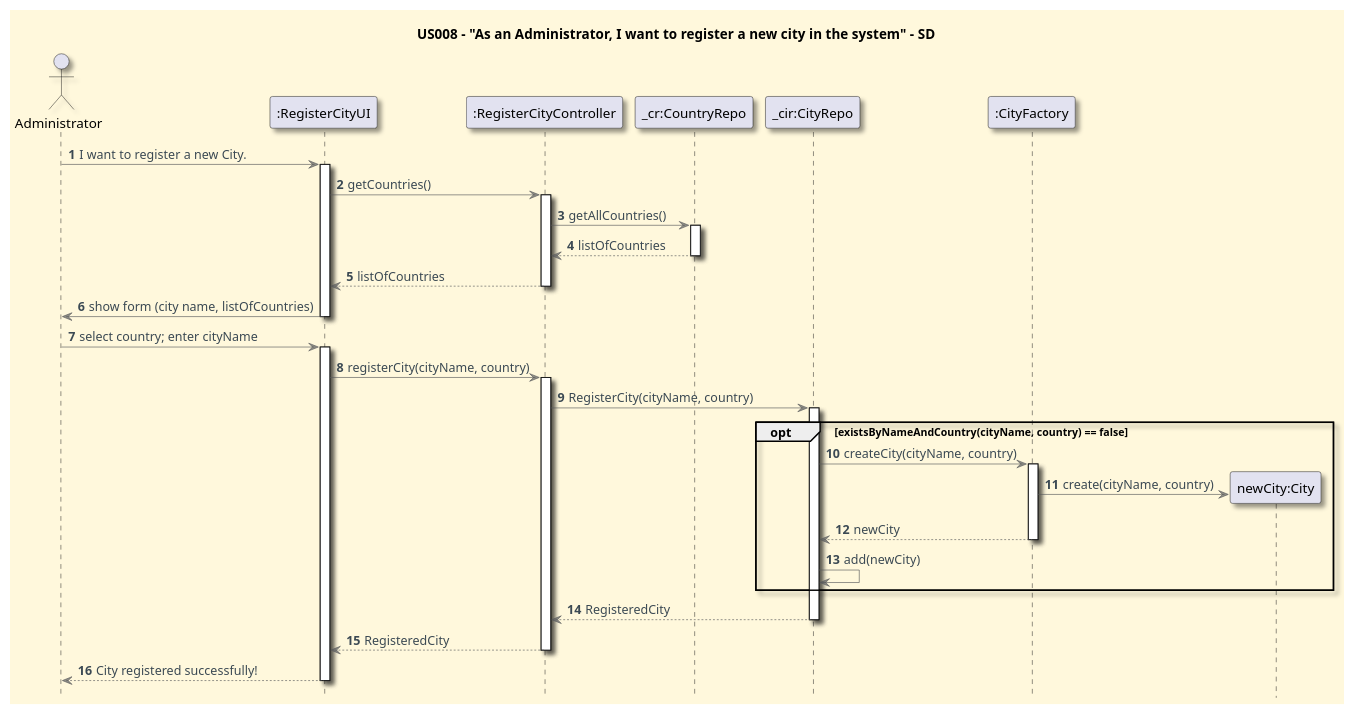
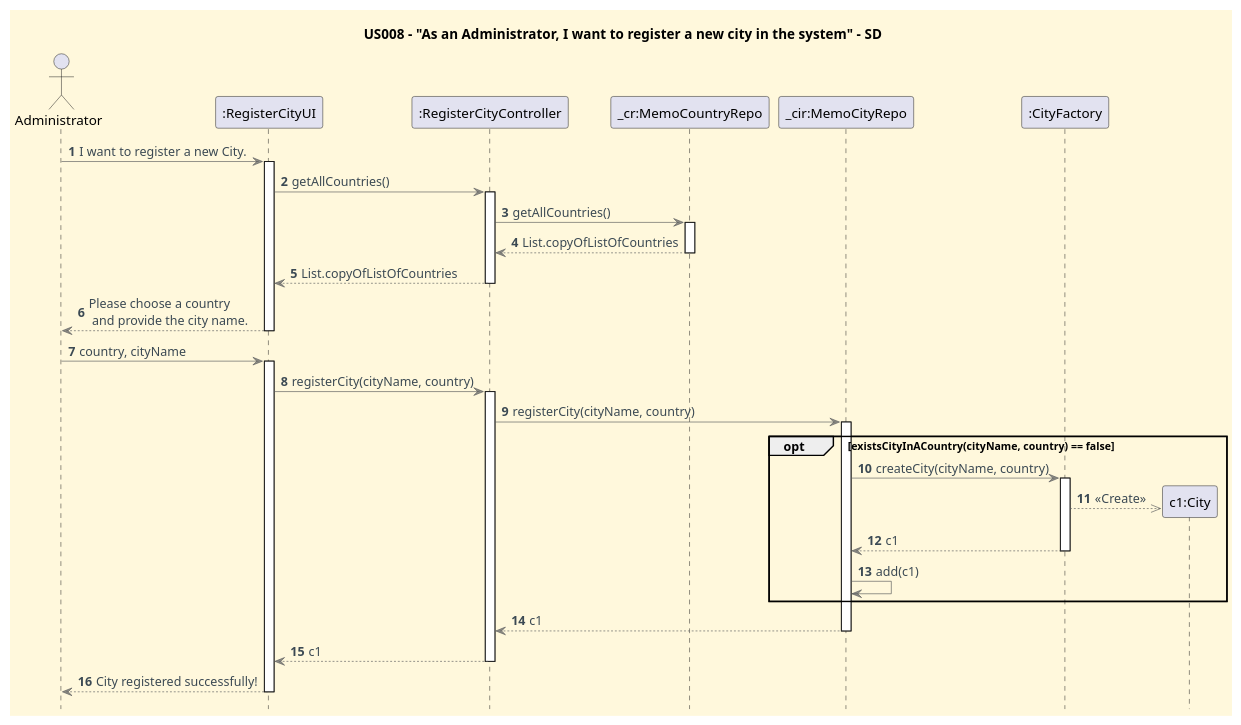
The diagram in docs/userStories/US008/US008_register_a_city_SD.puml (CarolinaLeite-collab/JavaMarketplacePlatform), drawn with PlantUML before and after one commit. The commit also changed 1 other file, not shown here.

```diff
--- a/docs/userStories/US008/US008_register_a_city_SD.puml
+++ b/docs/userStories/US008/US008_register_a_city_SD.puml
@@ -1,67 +1,69 @@
 @startuml
 title US008 - "As an Administrator, I want to register a new city in the system" - SD
-hidefootbox
 
 '==== basic style ====
 skinparam monochrome false
-skinparam shadowing true
 skinparam defaultFontName Futura
 skinparam objectFontSize 20
 skinparam backgroundColor CornSilk
 skinparam objectBackgroundColor WhiteSmoke
 skinparam noteBackgroundColor #FFFFE0
 skinparam ArrowFontColor #3B4953
 skinparam ArrowColor #57595BAA
 
 autonumber
 autoactivate off
+hidefootbox
 
+' ==== Actor and participants ====
 actor Administrator as Admin
 participant ":RegisterCityUI" as UI
-participant ":RegisterCityController" as Ctl
-participant "_cr:CountryRepo" as CountryRepo
-participant "_cir:CityRepo" as CityRepo
-participant ":CityFactory" as Factory
+participant ":RegisterCityController" as CTL
+participant "_cr:MemoCountryRepo" as CouR
+participant "_cir:MemoCityRepo" as CityR
+participant ":CityFactory" as FCT
 
+'==== UI interaction ====
 Admin -> UI: I want to register a new City.
 activate UI
 
-UI -> Ctl: getCountries()
-activate Ctl
-Ctl -> CountryRepo: getAllCountries()
-activate CountryRepo
-Ctl <-- CountryRepo: listOfCountries
-deactivate CountryRepo
-UI <-- Ctl: listOfCountries
-deactivate Ctl
+UI -> CTL: getAllCountries()
+activate CTL
+CTL -> CouR: getAllCountries()
+activate CouR
+CTL <-- CouR: List.copyOfListOfCountries
+deactivate CouR
+UI <-- CTL: List.copyOfListOfCountries
+deactivate CTL
 
-UI -> Admin: show form (city name, listOfCountries)
+UI --> Admin: Please choose a country \n and provide the city name.
 deactivate UI
 
-Admin -> UI: select country; enter cityName
+Admin -> UI: country, cityName
 activate UI
-UI -> Ctl: registerCity(cityName, country)
-activate Ctl
 
-Ctl -> CityRepo: RegisterCity(cityName, country)
-        activate CityRepo
+UI -> CTL: registerCity(cityName, country)
+activate CTL
 
-    opt existsByNameAndCountry(cityName, country) == false
+CTL -> CityR: registerCity(cityName, country)
+        activate CityR
 
-        CityRepo -> Factory: createCity(cityName, country)
-        activate Factory
-        create "newCity:City" as instance
-        Factory -> instance: create(cityName, country)
-        Factory --> CityRepo: newCity
-        deactivate Factory
-        CityRepo -> CityRepo: add(newCity)
+    opt existsCityInACountry(cityName, country) == false
+
+        CityR -> FCT: createCity(cityName, country)
+        activate FCT
+        create "c1:City" as instance
+        FCT -->> instance: <<Create>>
+        FCT --> CityR: c1
+        deactivate FCT
+        CityR -> CityR: add(c1)
     end
 
-    CityRepo --> Ctl: RegisteredCity
-    deactivate CityRepo
+    CityR --> CTL: c1
+    deactivate CityR
 
-Ctl --> UI: RegisteredCity
-deactivate Ctl
+CTL --> UI: c1
+deactivate CTL
 UI --> Admin: City registered successfully!
 deactivate UI
 @enduml
```
